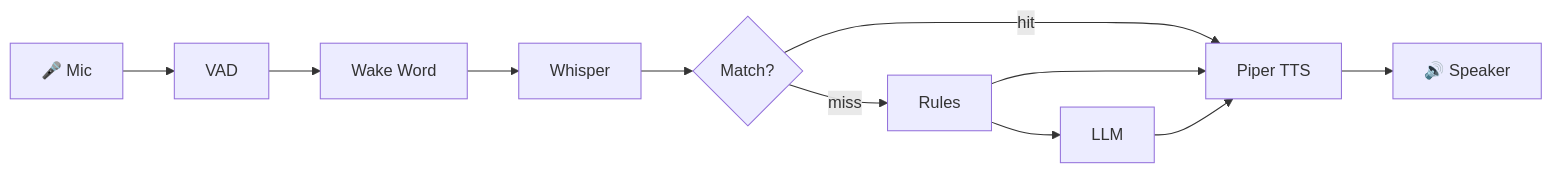
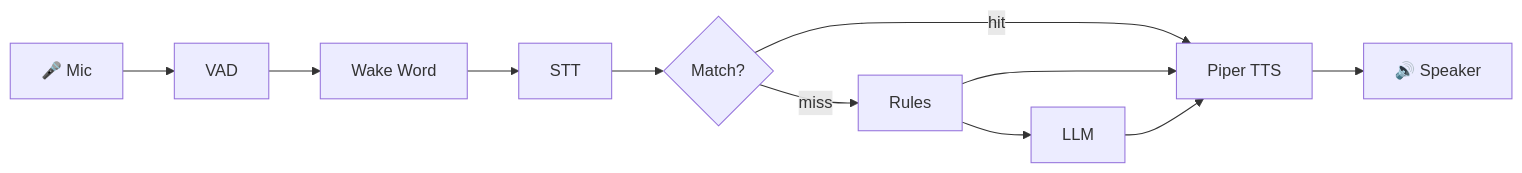
The second of 3 diagrams in README.md (gajanand27-05/sg-cube_v1), drawn with Mermaid before and after one commit. The commit also changed other lines of this file and 1 other file, not shown here.

First line of the commit message:
fix(bench): the STT benchmark understated its own recogniser by 27 points

````diff
--- a/README.md
+++ b/README.md
@@ -92,10 +97,10 @@
 ```mermaid
 flowchart LR
-    MIC[🎤 Mic] --> VAD[VAD] --> WW[Wake Word] --> STT[Whisper]
+    MIC[🎤 Mic] --> VAD[VAD] --> WW[Wake Word] --> STT[STT]
     STT --> CACHE{Match?}
     CACHE -->|miss| RULE[Rules] --> LLM[LLM]
     CACHE -->|hit| TTS
     RULE --> TTS
     LLM --> TTS
     TTS[Piper TTS] --> SP[🔊 Speaker]
 ```
````
